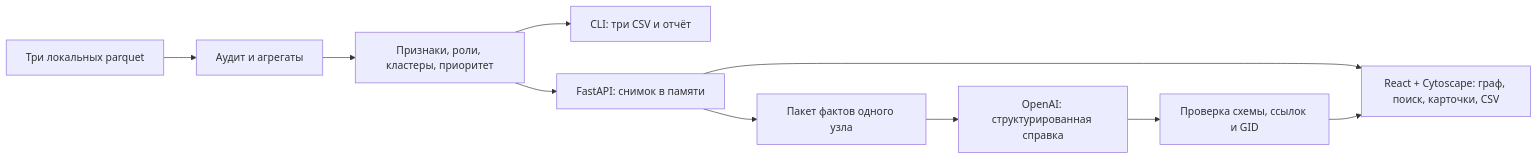
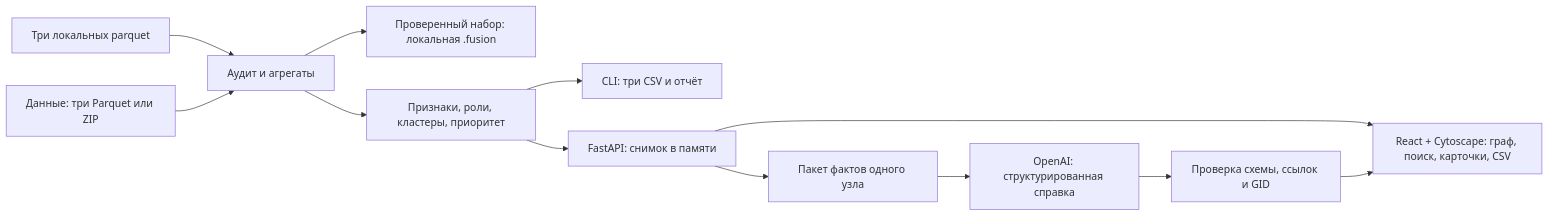
Before and after one commit to BAITC-Hacks/hack-6480017d-fusion: the diagram in README.md, drawn with Mermaid. The commit also changed other lines of this file and 17 other files, not shown here.

````diff
--- a/README.md
+++ b/README.md
@@ -136,12 +158,14 @@
 ```mermaid
 flowchart LR
     D[Три локальных parquet] --> A[Аудит и агрегаты]
+    I[Данные: три Parquet или ZIP] --> A
+    A --> S[Проверенный набор: локальная .fusion]
     A --> C[Признаки, роли, кластеры, приоритет]
     C --> F[CLI: три CSV и отчёт]
     C --> B[FastAPI: снимок в памяти]
     B --> U[React + Cytoscape: граф, поиск, карточки, CSV]
     B --> Q[Пакет фактов одного узла]
     Q --> O[OpenAI: структурированная справка]
     O --> V[Проверка схемы, ссылок и GID]
     V --> U
 ```
````
